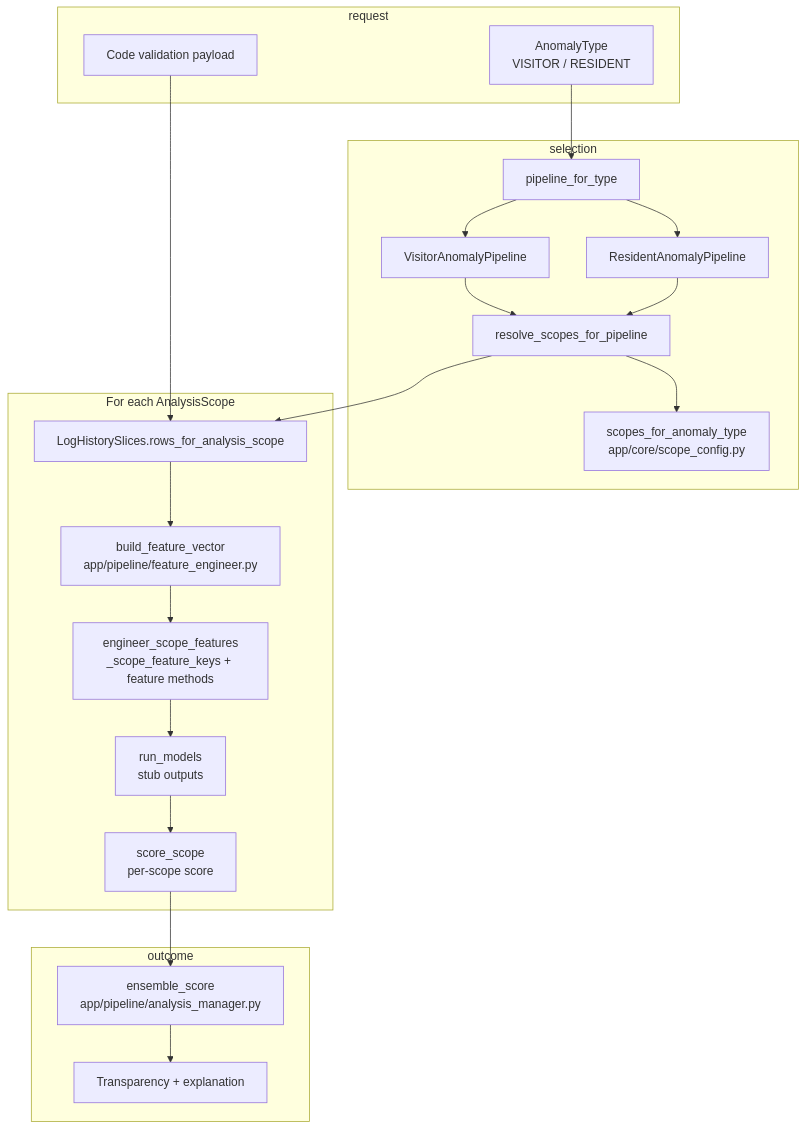
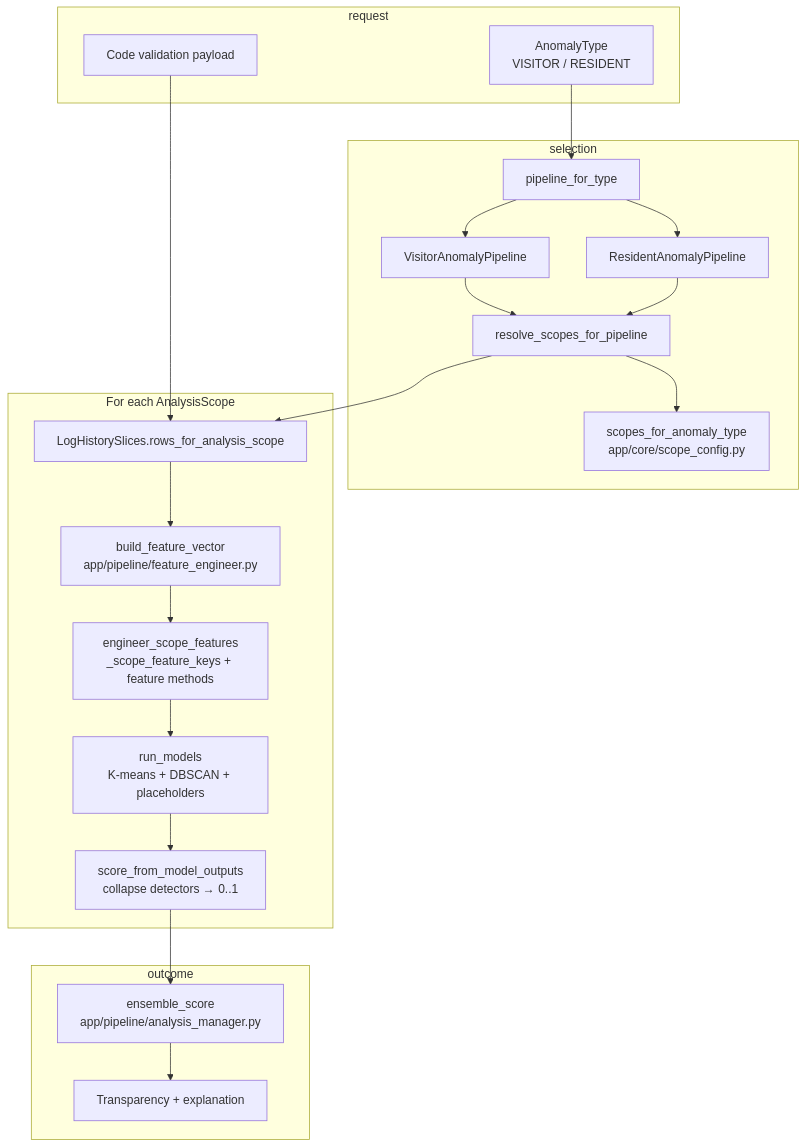
The diagram in services/anomaly_service/README.md (GatePass-Estate/estate-code-generator-backend), drawn with Mermaid before and after one commit. The commit also changed other lines of this file and 13 other files, not shown here.

````diff
--- a/services/anomaly_service/README.md
+++ b/services/anomaly_service/README.md
@@ -26,43 +26,43 @@
 ```mermaid
 flowchart TB
   subgraph request
     AT[AnomalyType\nVISITOR / RESIDENT]
     CV[Code validation payload]
   end
 
   subgraph selection
     PF[pipeline_for_type]
     VP[VisitorAnomalyPipeline]
     RP[ResidentAnomalyPipeline]
     RS[resolve_scopes_for_pipeline]
     SC[scopes_for_anomaly_type\napp/core/scope_config.py]
   end
 
   subgraph per_scope["For each AnalysisScope"]
     SL[LogHistorySlices.rows_for_analysis_scope]
     FE[build_feature_vector\napp/pipeline/feature_engineer.py]
     ENG[engineer_scope_features\n_scope_feature_keys + feature methods]
-    MD[run_models\nstub outputs]
-    SS[score_scope\nper-scope score]
+    MD[run_models\nK-means + DBSCAN + placeholders]
+    SCORE[score_from_model_outputs\ncollapse detectors → 0..1]
   end
 
   subgraph outcome
     ENS[ensemble_score\napp/pipeline/analysis_manager.py]
     TR[Transparency + explanation]
   end
 
   AT --> PF
   PF --> VP
   PF --> RP
   VP --> RS
   RP --> RS
   RS --> SC
   CV --> SL
   RS --> SL
   SL --> FE
   FE --> ENG
   ENG --> MD
-  MD --> SS
-  SS --> ENS
+  MD --> SCORE
+  SCORE --> ENS
   ENS --> TR
 ```
````
